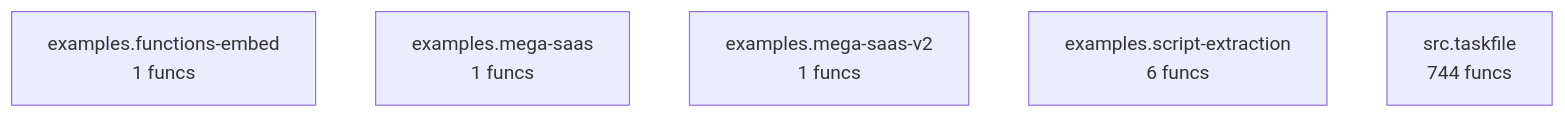
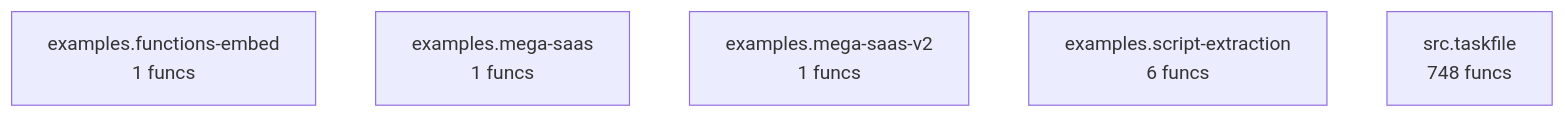
Before and after one commit to pyfunc/taskfile: the diagram in project/compact_flow.mmd, drawn with Mermaid. The commit also changed 40 other files, not shown here.

```diff
--- a/project/compact_flow.mmd
+++ b/project/compact_flow.mmd
@@ -1,6 +1,6 @@
 flowchart TD
     examples_functions_embed["examples.functions-embed<br/>1 funcs"]
     examples_mega_saas["examples.mega-saas<br/>1 funcs"]
     examples_mega_saas_v2["examples.mega-saas-v2<br/>1 funcs"]
     examples_script_extraction["examples.script-extraction<br/>6 funcs"]
-    src_taskfile["src.taskfile<br/>744 funcs"]
+    src_taskfile["src.taskfile<br/>748 funcs"]
```
